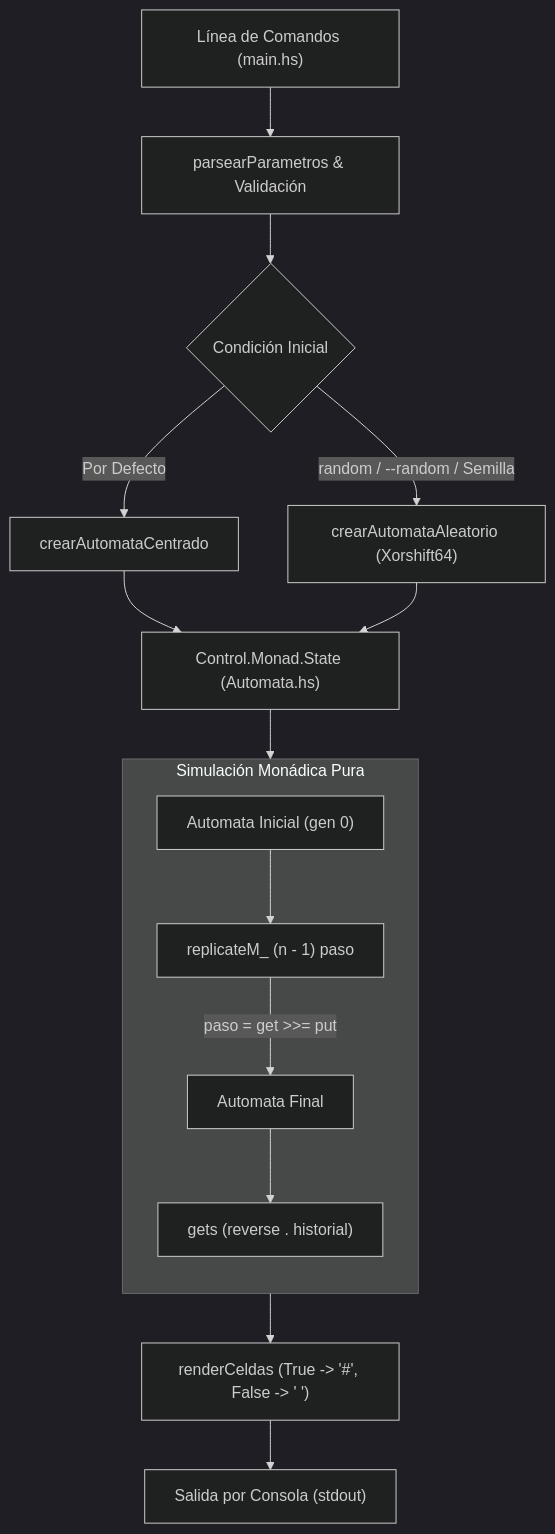
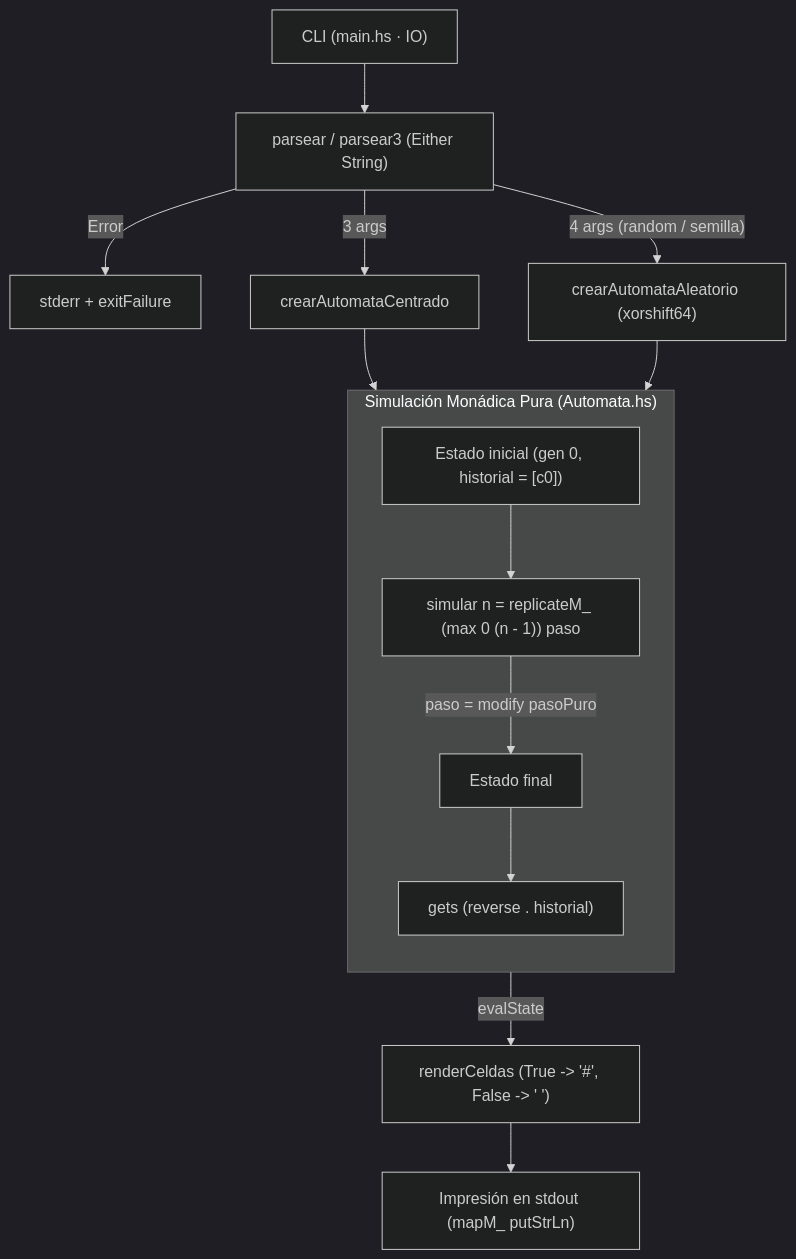
One commit to martin1000000000/Trabajo-paradigmas changed the second of 2 diagrams in README.md. Above: the diagram before and after it, drawn with Mermaid (dark theme). The commit also changed other lines of this file, not shown here.

````diff
--- a/README.md
+++ b/README.md
@@ -88,21 +99,20 @@
 ```mermaid
 flowchart TD
-    CLI["Línea de Comandos (main.hs)"] --> Parse["parsearParametros & Validación"]
-    Parse --> Init{"Condición Inicial"}
-    Init -->|"Por Defecto"| Centered["crearAutomataCentrado"]
-    Init -->|"random / --random / Semilla"| Rnd["crearAutomataAleatorio (Xorshift64)"]
-    
-    Centered --> StateMonad["Control.Monad.State (Automata.hs)"]
-    Rnd --> StateMonad
-    
-    subgraph MonadBox ["Simulación Monádica Pura"]
+    CLI["CLI (main.hs · IO)"] --> Parse["parsear / parsear3 (Either String)"]
+    Parse -->|"Error"| Err["stderr + exitFailure"]
+    Parse -->|"3 args"| Centered["crearAutomataCentrado"]
+    Parse -->|"4 args (random / semilla)"| Rnd["crearAutomataAleatorio (xorshift64)"]
+
+    Centered --> StateBox
+    Rnd --> StateBox
+
+    subgraph StateBox ["Simulación Monádica Pura (Automata.hs)"]
         direction TB
-        S0["Automata Inicial (gen 0)"] --> Rep["replicateM_ (n - 1) paso"]
-        Rep -->|"paso = get >>= put"| SFinal["Automata Final"]
+        S0["Estado inicial (gen 0, historial = [c0])"] --> Rep["simular n = replicateM_ (max 0 (n - 1)) paso"]
+        Rep -->|"paso = modify pasoPuro"| SFinal["Estado final"]
         SFinal --> Gets["gets (reverse . historial)"]
     end
-    
-    StateMonad --> MonadBox
-    MonadBox --> Render["renderCeldas (True -> '#', False -> ' ')"]
-    Render --> Out["Salida por Consola (stdout)"]
+
+    StateBox -->|"evalState"| Render["renderCeldas (True -> '#', False -> ' ')"]
+    Render --> Out["Impresión en stdout (mapM_ putStrLn)"]
 ```
````
